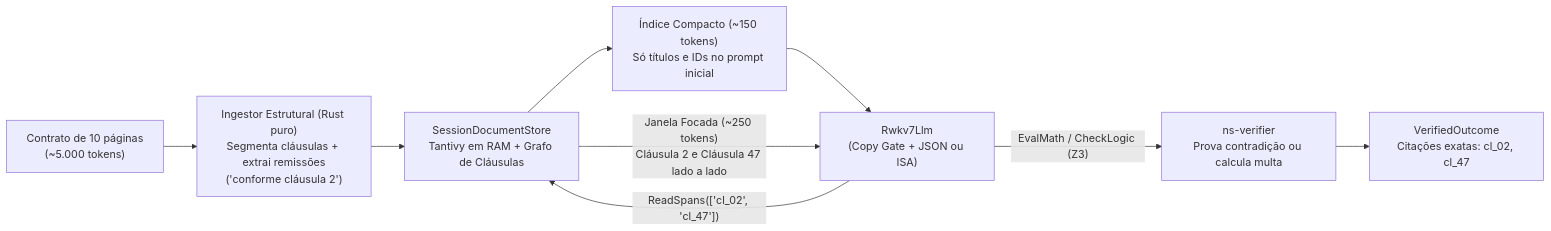
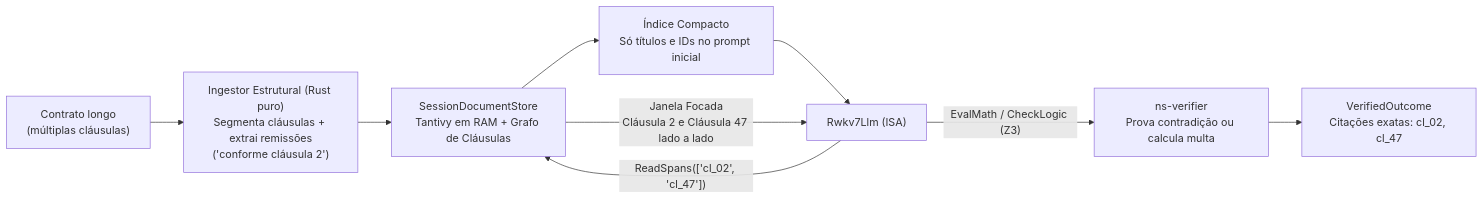
The fifth of 5 diagrams in README.md (GenildoNogueira/neural-sym), drawn with Mermaid before and after one commit. The commit also changed other lines of this file and 1 other file, not shown here.

````diff
--- a/README.md
+++ b/README.md
@@ -199,11 +206,11 @@
 ```mermaid
 flowchart LR
-    DOC["Contrato de 10 páginas<br/>(~5.000 tokens)"] --> ING["Ingestor Estrutural (Rust puro)<br/>Segmenta cláusulas + extrai remissões<br/>('conforme cláusula 2')"]
+    DOC["Contrato longo<br/>(múltiplas cláusulas)"] --> ING["Ingestor Estrutural (Rust puro)<br/>Segmenta cláusulas + extrai remissões<br/>('conforme cláusula 2')"]
     ING --> SESS["SessionDocumentStore<br/>Tantivy em RAM + Grafo de Cláusulas"]
-    SESS --> TOC["Índice Compacto (~150 tokens)<br/>Só títulos e IDs no prompt inicial"]
-    TOC --> RWKV["Rwkv7Llm<br/>(Copy Gate + JSON ou ISA)"]
+    SESS --> TOC["Índice Compacto<br/>Só títulos e IDs no prompt inicial"]
+    TOC --> RWKV["Rwkv7Llm (ISA)"]
     RWKV -- "ReadSpans(['cl_02', 'cl_47'])" --> SESS
-    SESS -- "Janela Focada (~250 tokens)<br/>Cláusula 2 e Cláusula 47 lado a lado" --> RWKV
+    SESS -- "Janela Focada<br/>Cláusula 2 e Cláusula 47 lado a lado" --> RWKV
     RWKV -- "EvalMath / CheckLogic (Z3)" --> VER["ns-verifier<br/>Prova contradição ou calcula multa"]
     VER --> OUT["VerifiedOutcome<br/>Citações exatas: cl_02, cl_47"]
 ```
````
